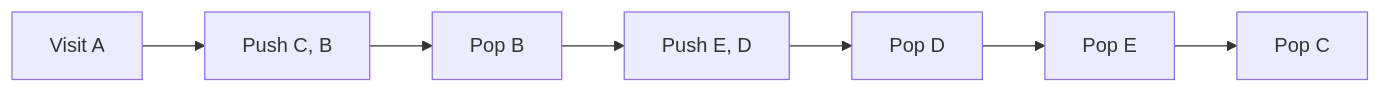
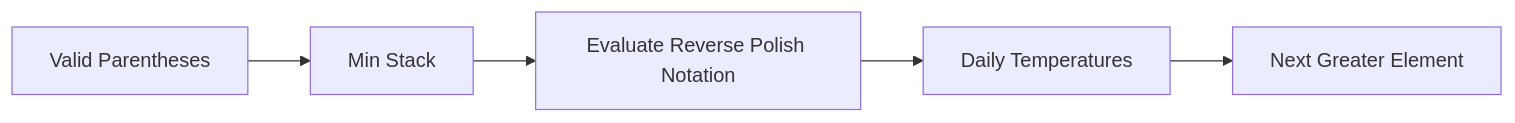
One commit to 9999dude/omega changed the fifth of 16 diagrams in docs/datastructures/stack.md. Above: the diagram before and after it, drawn with Mermaid. The commit also changed other lines of this file and 58 other files, not shown here.

````diff
--- a/docs/datastructures/stack.md
+++ b/docs/datastructures/stack.md
@@ -652,9 +138,8 @@
 ```mermaid
 flowchart LR
-    A["Visit A"] --> B["Push C, B"]
-    B --> C["Pop B"]
-    C --> D["Push E, D"]
-    D --> E["Pop D"]
-    E --> F["Pop E"]
-    F --> G["Pop C"]
+    Q0["Valid Parentheses"]
+    Q0 --> Q1["Min Stack"]
+    Q1 --> Q2["Evaluate Reverse Polish Notation"]
+    Q2 --> Q3["Daily Temperatures"]
+    Q3 --> Q4["Next Greater Element"]
 ```
````
